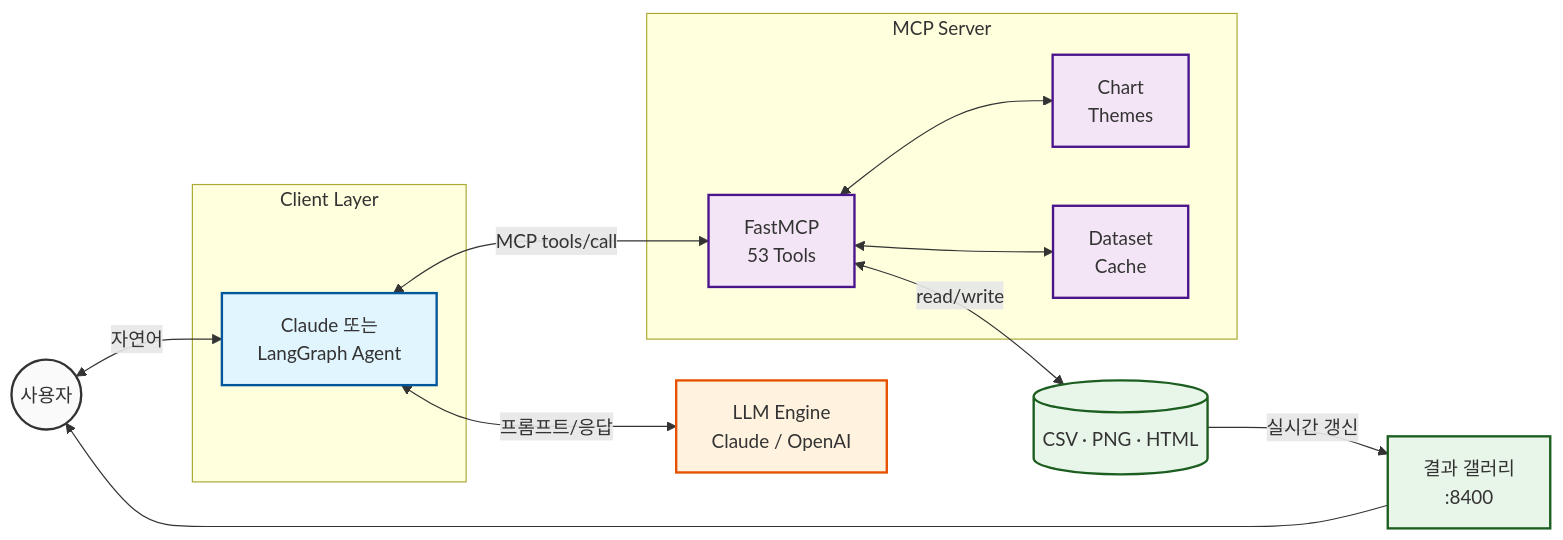
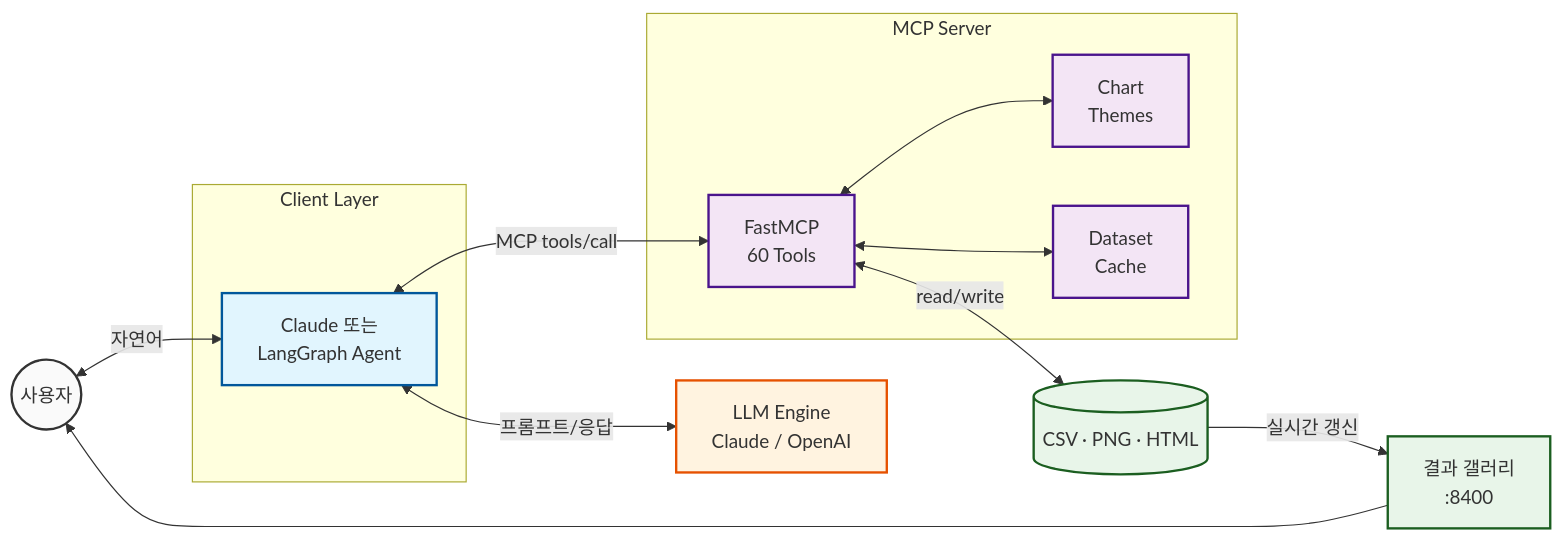
Before and after one commit to chaeminyoon/Data-Analyze-MCP: the diagram in README.md, drawn with Mermaid. The commit also changed other lines of this file and 7 other files, not shown here.

First line of the commit message:
feat: 7 more chart tools (60 total) + usage-scenario guide in README

````diff
--- a/README.md
+++ b/README.md
@@ -273,36 +330,36 @@
 ```mermaid
 graph LR
     classDef blue fill:#e1f5fe,stroke:#01579b,stroke-width:2px
     classDef purple fill:#f3e5f5,stroke:#4a148c,stroke-width:2px
     classDef orange fill:#fff3e0,stroke:#e65100,stroke-width:2px
     classDef green fill:#e8f5e9,stroke:#1b5e20,stroke-width:2px
     classDef gray fill:#fafafa,stroke:#333,stroke-width:2px
 
     User((사용자))
     subgraph Client [Client Layer]
         Agent[Claude 또는<br/>LangGraph Agent]
     end
     LLM[LLM Engine<br/>Claude / OpenAI]
     subgraph MCPLayer [MCP Server]
-        Server[FastMCP<br/>53 Tools]
+        Server[FastMCP<br/>60 Tools]
         Theme[Chart<br/>Themes]
         Cache[Dataset<br/>Cache]
     end
     Files[(CSV · PNG · HTML)]
     Viewer[결과 갤러리<br/>:8400]
 
     User <-->|자연어| Agent
     Agent <-->|프롬프트/응답| LLM
     Agent <-->|MCP tools/call| Server
     Server <--> Cache
     Server <--> Theme
     Server <-->|read/write| Files
     Files -->|실시간 갱신| Viewer
     Viewer --> User
 
     class User gray
     class Agent blue
     class LLM orange
     class Server,Cache,Theme purple
     class Files,Viewer green
 ```
````
